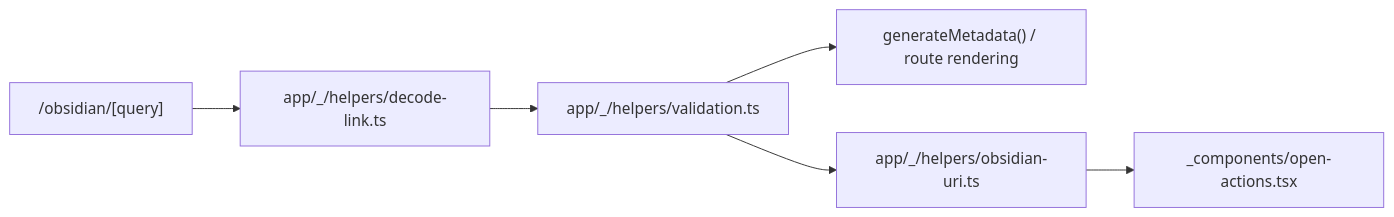
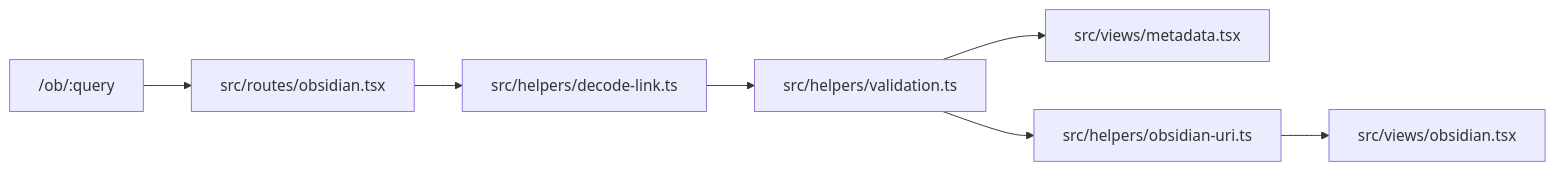
One commit to axross/polyproxy changed the diagram in .agents/skills/maintainable-code-guidelines/references/abstraction-boundaries.md. Above: the diagram before and after it, drawn with Mermaid. The commit also changed other lines of this file and 108 other files, not shown here.

````diff
--- a/.agents/skills/maintainable-code-guidelines/references/abstraction-boundaries.md
+++ b/.agents/skills/maintainable-code-guidelines/references/abstraction-boundaries.md
@@ -9,8 +9,9 @@
 ```mermaid
 flowchart LR
-  Query["/obsidian/[query]"] --> Decode["app/_/helpers/decode-link.ts"]
-  Decode --> Validate["app/_/helpers/validation.ts"]
-  Validate --> Metadata["generateMetadata() / route rendering"]
-  Validate --> Uri["app/_/helpers/obsidian-uri.ts"]
-  Uri --> Client["_components/open-actions.tsx"]
+  Query["/ob/:query"] --> Route["src/routes/obsidian.tsx"]
+  Route --> Decode["src/helpers/decode-link.ts"]
+  Decode --> Validate["src/helpers/validation.ts"]
+  Validate --> Metadata["src/views/metadata.tsx"]
+  Validate --> Uri["src/helpers/obsidian-uri.ts"]
+  Uri --> View["src/views/obsidian.tsx"]
 ```
````
